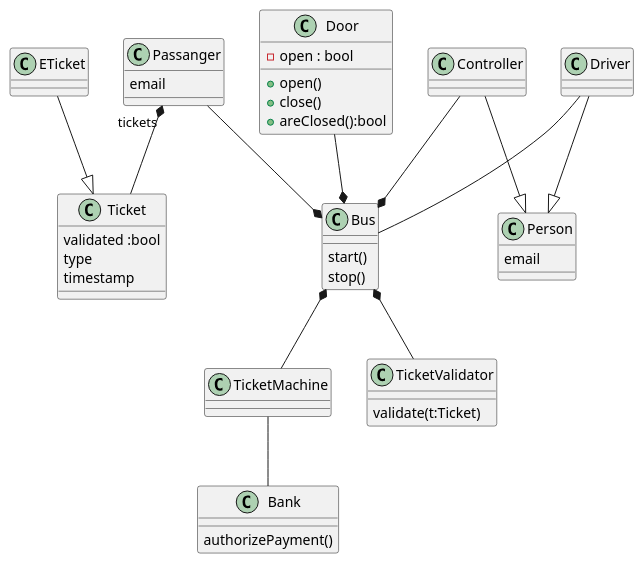
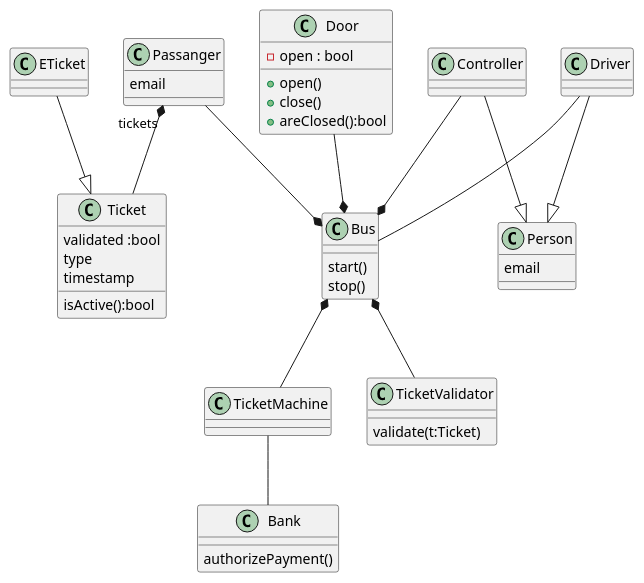
One commit to kpodlaski/ProjektowanieObiektowe_2023-24 changed the diagram in zaoczne/G2/mpk_class_diagram.plantuml. Above: the diagram before and after it, drawn with PlantUML.

Commit message:
sequence

```diff
--- a/zaoczne/G2/mpk_class_diagram.plantuml
+++ b/zaoczne/G2/mpk_class_diagram.plantuml
@@ -1,59 +1,60 @@
 @startuml
 
 class Passanger {
     email 
     'tickets: Ticket[]
 }
 class Driver
 class Controller
 class Person {
     'pesel
     'name
     'surname 
     email
 }
 
 class Ticket{
     validated :bool
     type
     timestamp
+    isActive():bool
 }
 
 class ETicket
 
 class Bus{
     start()
     stop()
 }
 
 class Door{
     -open : bool
     +open()
     +close()
     +areClosed():bool
 }
 
 class TicketMachine
 class TicketValidator{
     validate(t:Ticket)
 }
 
 class Bank {
     authorizePayment()
 }
 
 
 Controller --* Bus
 Door --* Bus
 Passanger "tickets" *-- Ticket
 Driver --|> Person
 Controller --|> Person
 Driver -- Bus
 Passanger --* Bus
 Bus *-- TicketMachine
 Bus *-- TicketValidator
 ETicket --|>Ticket
 TicketMachine -- Bank
 
 ' We need to add stops to the diagram!!!
 @enduml
```
